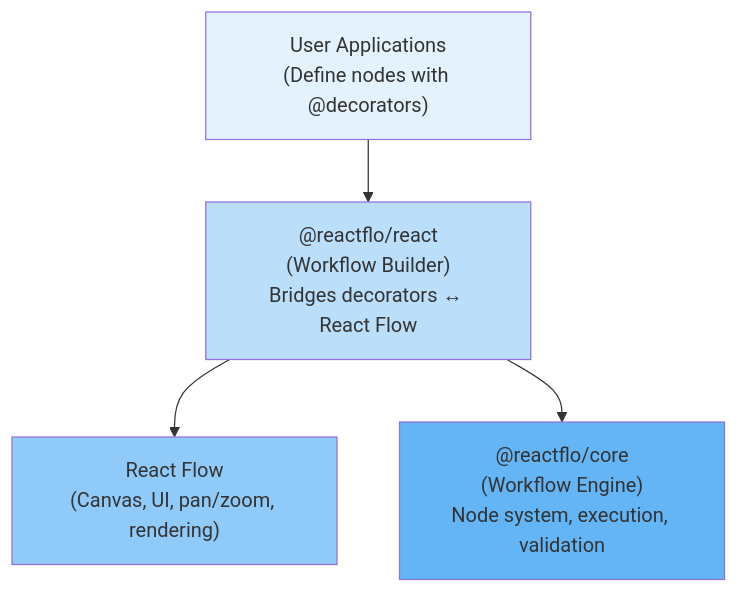
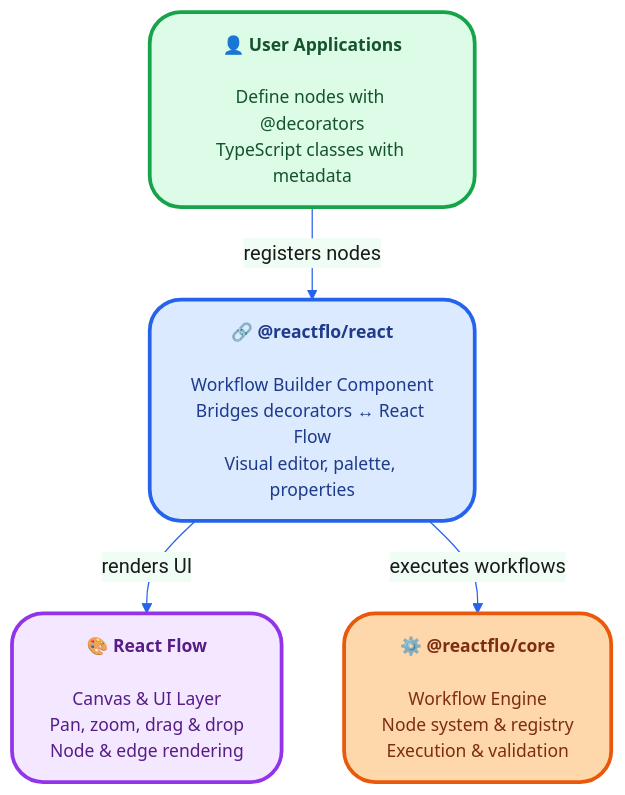
One commit to crystalflow-dev/crystalflow changed the diagram in README.md. Above: the diagram before and after it, drawn with Mermaid. The commit also changed other lines of this file and 1 other file, not shown here.

Commit message:
docs: enhance architecture diagram with theme-aware styling
- Add Mermaid theme configuration for better light/dark mode support
- Update colors to Tailwind palette for better theme compatibility
- Improve visual styling with icons and labeled arrows
- Use lighter, more neutral colors that work across themes

````diff
--- a/README.md
+++ b/README.md
@@ -126,16 +126,19 @@
 ```mermaid
-graph TD
-    A["User Applications<br/>(Define nodes with @decorators)"]
-    B["@reactflo/react<br/>(Workflow Builder)<br/>Bridges decorators ↔ React Flow"]
-    C["React Flow<br/>(Canvas, UI, pan/zoom, rendering)"]
-    D["@reactflo/core<br/>(Workflow Engine)<br/>Node system, execution, validation"]
+%%{init: {'theme':'base', 'themeVariables': { 'primaryColor':'#e8f4f8','primaryTextColor':'#1a1a1a','primaryBorderColor':'#2563eb','lineColor':'#2563eb','secondaryColor':'#f0fdf4','tertiaryColor':'#fef3c7'}}}%%
+graph TB
+    A["<b>👤 User Applications</b><br/><br/>Define nodes with @decorators<br/>TypeScript classes with metadata"]
+    B["<b>🔗 @reactflo/react</b><br/><br/>Workflow Builder Component<br/>Bridges decorators ↔ React Flow<br/>Visual editor, palette, properties"]
+    C["<b>🎨 React Flow</b><br/><br/>Canvas & UI Layer<br/>Pan, zoom, drag & drop<br/>Node & edge rendering"]
+    D["<b>⚙️ @reactflo/core</b><br/><br/>Workflow Engine<br/>Node system & registry<br/>Execution & validation"]
     
-    A --> B
-    B --> C
-    B --> D
+    A -->|"registers nodes"| B
+    B -->|"renders UI"| C
+    B -->|"executes workflows"| D
     
-    style A fill:#e3f2fd
-    style B fill:#bbdefb
-    style C fill:#90caf9
-    style D fill:#64b5f6
+    style A fill:#dcfce7,stroke:#16a34a,stroke-width:3px,color:#14532d,rx:25,ry:25
+    style B fill:#dbeafe,stroke:#2563eb,stroke-width:3px,color:#1e3a8a,rx:25,ry:25
+    style C fill:#f3e8ff,stroke:#9333ea,stroke-width:3px,color:#581c87,rx:25,ry:25
+    style D fill:#fed7aa,stroke:#ea580c,stroke-width:3px,color:#7c2d12,rx:25,ry:25
+    
+    classDef default font-size:14px,font-family:system-ui
 ```
````
